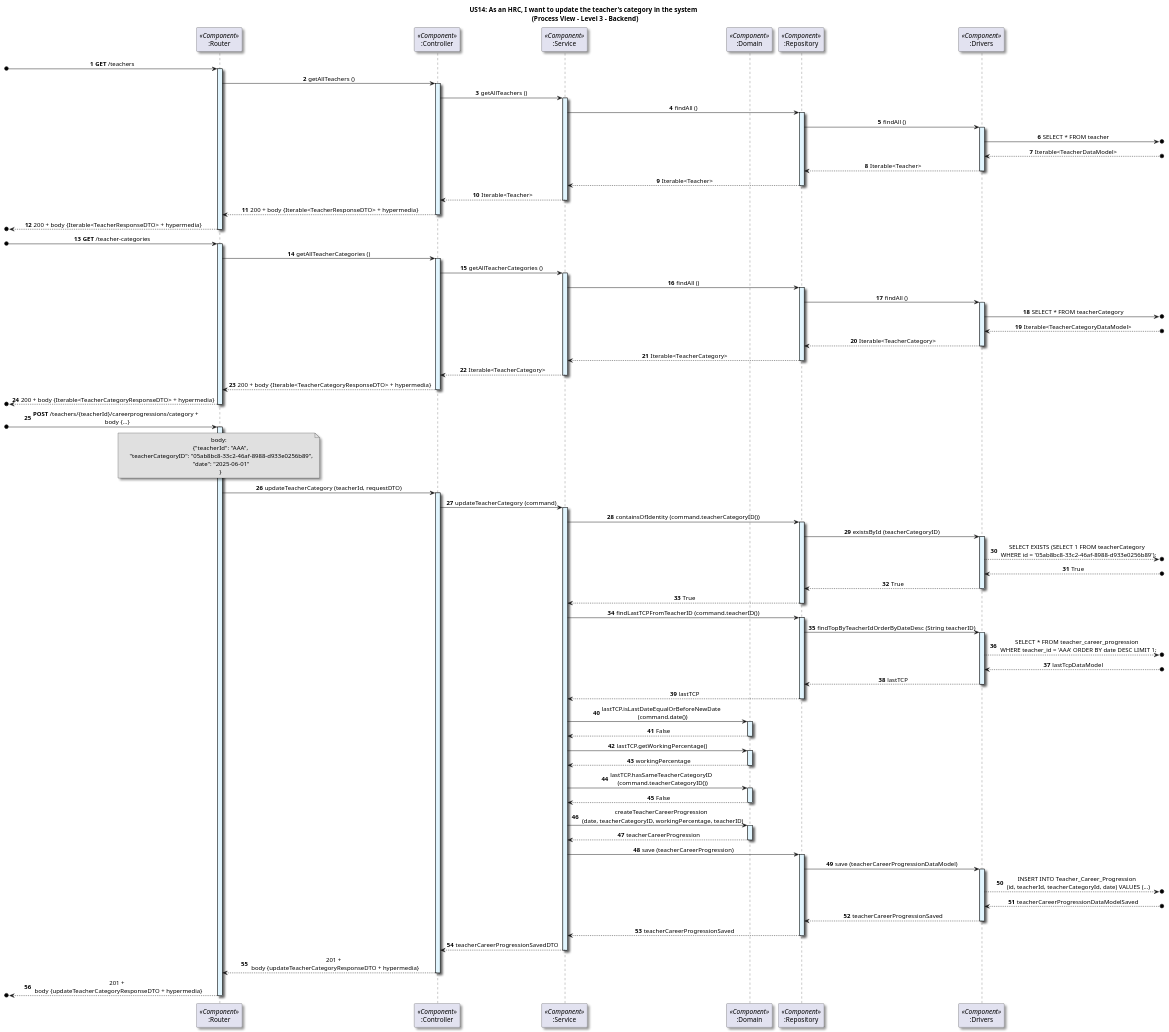
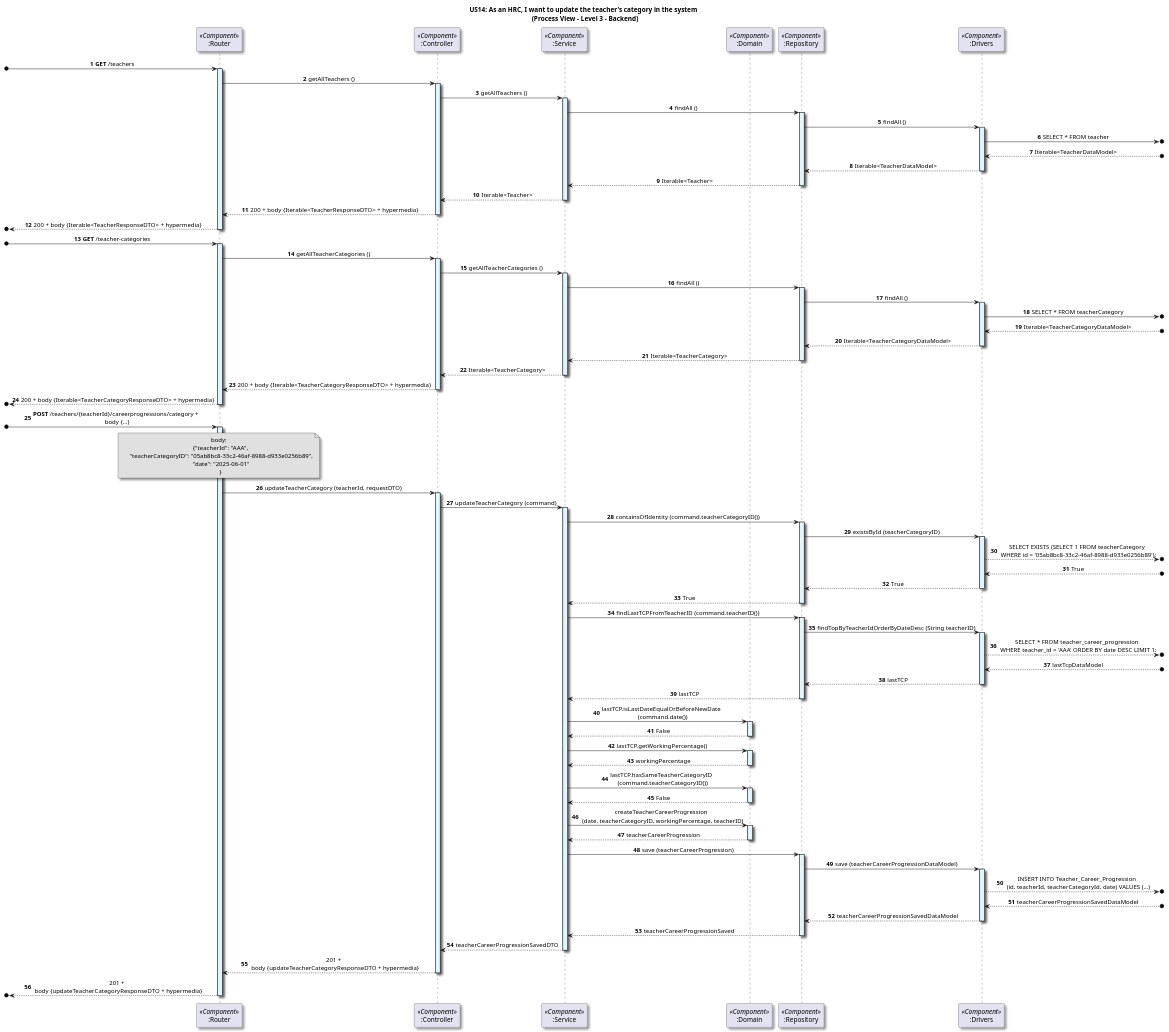
Before and after one commit to GasparISEP/DevOps-PAI: the diagram in docs/US14/Sprint7_RestAPI/ProcessView/Level3.puml, drawn with PlantUML. The commit also changed 2 other files, not shown here.

Commit message:
docs(scenario): update Level 3 and Level 4 diagrams to adjust HATEOAS implementation (#675, #678)

```diff
--- a/docs/US14/Sprint7_RestAPI/ProcessView/Level3.puml
+++ b/docs/US14/Sprint7_RestAPI/ProcessView/Level3.puml
@@ -1,189 +1,189 @@
 @startuml
 
 title US14: As an HRC, I want to update the teacher's category in the system \n (Process View - Level 3 - Backend)
 
 skinparam defaultTextAlignment center
 skinparam shadowing true
 
 autonumber
 
 participant ":Router" as router <<Component>>
 participant ":Controller" as controller <<Component>>
 participant ":Service" as service <<Component>>
 participant ":Domain" as domain <<Component>>
 participant ":Repository" as repository <<Component>>
 participant ":Drivers" as drivers <<Component>>
 
 ' getAllTeachers method '
 
 [o-> router: **GET** /teachers
 activate router #E1F5FE
 
 router -> controller: getAllTeachers ()
 activate controller #E1F5FE
 
 controller -> service: getAllTeachers ()
 activate service #E1F5FE
 
 service -> repository: findAll ()
 activate repository #E1F5FE
 
 repository -> drivers: findAll ()
 activate drivers #E1F5FE
 
 drivers ->o]: SELECT * FROM teacher
 
 drivers <--o]: Iterable<TeacherDataModel>
 
-drivers --> repository: Iterable<Teacher>
+drivers --> repository: Iterable<TeacherDataModel>
 deactivate drivers
 
 repository --> service: Iterable<Teacher>
 deactivate repository
 
 service --> controller: Iterable<Teacher>
 deactivate service
 
 controller --> router: 200 + body {Iterable<TeacherResponseDTO> + hypermedia}
 deactivate controller
 
 [o<-- router: 200 + body {Iterable<TeacherResponseDTO> + hypermedia}
 deactivate router
 
 ' getAllTeacherCategories method '
 
 [o-> router: **GET** /teacher-categories
 activate router #E1F5FE
 
 router -> controller: getAllTeacherCategories ()
 activate controller #E1F5FE
 
 controller -> service: getAllTeacherCategories ()
 activate service #E1F5FE
 
 service -> repository: findAll ()
 activate repository #E1F5FE
 
 repository -> drivers: findAll ()
 activate drivers #E1F5FE
 
 drivers ->o]: SELECT * FROM teacherCategory
 
 drivers <--o]: Iterable<TeacherCategoryDataModel>
 
-drivers --> repository: Iterable<TeacherCategory>
+drivers --> repository: Iterable<TeacherCategoryDataModel>
 deactivate drivers
 
 repository --> service: Iterable<TeacherCategory>
 deactivate repository
 
 service --> controller: Iterable<TeacherCategory>
 deactivate service
 
 controller --> router: 200 + body {Iterable<TeacherCategoryResponseDTO> + hypermedia}
 deactivate controller
 
 [o<-- router: 200 + body {Iterable<TeacherCategoryResponseDTO> + hypermedia}
 deactivate router
 
 ' updateTeacherCategory method '
 
 [o-> router: **POST** /teachers/{teacherId}/careerprogressions/category + \n body {...}
 activate router #E1F5FE
 
 note over router #E0E0E0
   body:
     {"teacherId": "AAA",
      "teacherCategoryID": "05ab8bc8-33c2-46af-8988-d933e0256b89",
      "date": "2025-06-01"
     }
 end note
 
 router -> controller: updateTeacherCategory (teacherId, requestDTO)
 activate controller #E1F5FE
 
 controller -> service: updateTeacherCategory (command)
 activate service #E1F5FE
 
 service -> repository: containsOfIdentity (command.teacherCategoryID())
 activate repository #E1F5FE
 
 repository -> drivers: existsById (teacherCategoryID)
 activate drivers #E1F5FE
 
 drivers -->o]: SELECT EXISTS (SELECT 1 FROM teacherCategory \n WHERE id = '05ab8bc8-33c2-46af-8988-d933e0256b89');
 
 drivers <--o] : True
 
 drivers --> repository: True
 deactivate drivers
 
 repository --> service: True
 deactivate repository
 
 service -> repository: findLastTCPFromTeacherID (command.teacherID())
 activate repository #E1F5FE
 
 repository -> drivers: findTopByTeacherIdOrderByDateDesc (String teacherID)
 activate drivers #E1F5FE
 
 drivers -->o]: SELECT * FROM teacher_career_progression \n WHERE teacher_id = 'AAA' ORDER BY date DESC LIMIT 1;
 
 drivers <--o] : lastTcpDataModel
 
 drivers --> repository: lastTCP
 deactivate drivers
 
 repository --> service: lastTCP
 deactivate repository
 
 service -> domain : lastTCP.isLastDateEqualOrBeforeNewDate \n (command.date())
 activate domain #E1F5FE
 
 domain --> service : False
 deactivate domain
 
 service -> domain : lastTCP.getWorkingPercentage()
 activate domain #E1F5FE
 
 domain --> service : workingPercentage
 deactivate domain
 
 service -> domain : lastTCP.hasSameTeacherCategoryID \n (command.teacherCategoryID())
 activate domain #E1F5FE
 
 domain --> service : False
 deactivate domain
 
 service -> domain: createTeacherCareerProgression \n (date, teacherCategoryID, workingPercentage, teacherID)
 activate domain #E1F5FE
 
 domain --> service: teacherCareerProgression
 deactivate domain
 
 service -> repository: save (teacherCareerProgression)
 activate repository #E1F5FE
 
 repository -> drivers: save (teacherCareerProgressionDataModel)
 activate drivers #E1F5FE
 
 drivers -->o]: INSERT INTO Teacher_Career_Progression \n (id, teacherId, teacherCategoryId, date) VALUES (...)
 
-drivers <--o] : teacherCareerProgressionDataModelSaved
+drivers <--o] : teacherCareerProgressionSavedDataModel
 
-drivers --> repository: teacherCareerProgressionSaved
+drivers --> repository: teacherCareerProgressionSavedDataModel
 deactivate drivers
 
 repository --> service: teacherCareerProgressionSaved
 deactivate repository
 
 service --> controller: teacherCareerProgressionSavedDTO
 deactivate service
 
 controller --> router: 201 + \n body {updateTeacherCategoryResponseDTO + hypermedia}
 deactivate controller
 
 [o<-- router: 201 + \n body {updateTeacherCategoryResponseDTO + hypermedia}
 deactivate router
 
 @enduml
```
